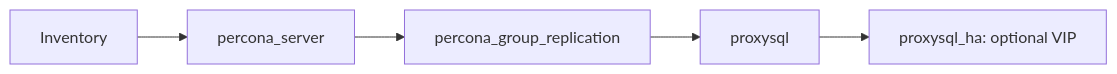
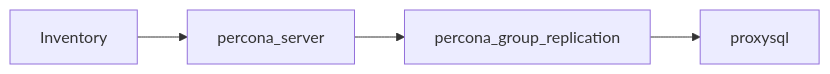
Before and after one commit to vishuops0210/percona_server_8.4: the diagram in docs/architecture.md, drawn with Mermaid. The commit also changed other lines of this file and 14 other files, not shown here.

````diff
--- a/docs/architecture.md
+++ b/docs/architecture.md
@@ -3,7 +3,6 @@
 ```mermaid
 flowchart LR
   I[Inventory] --> S[percona_server]
   S --> GR[percona_group_replication]
   GR --> P[proxysql]
-  P --> VIP[proxysql_ha: optional VIP]
 ```
````
